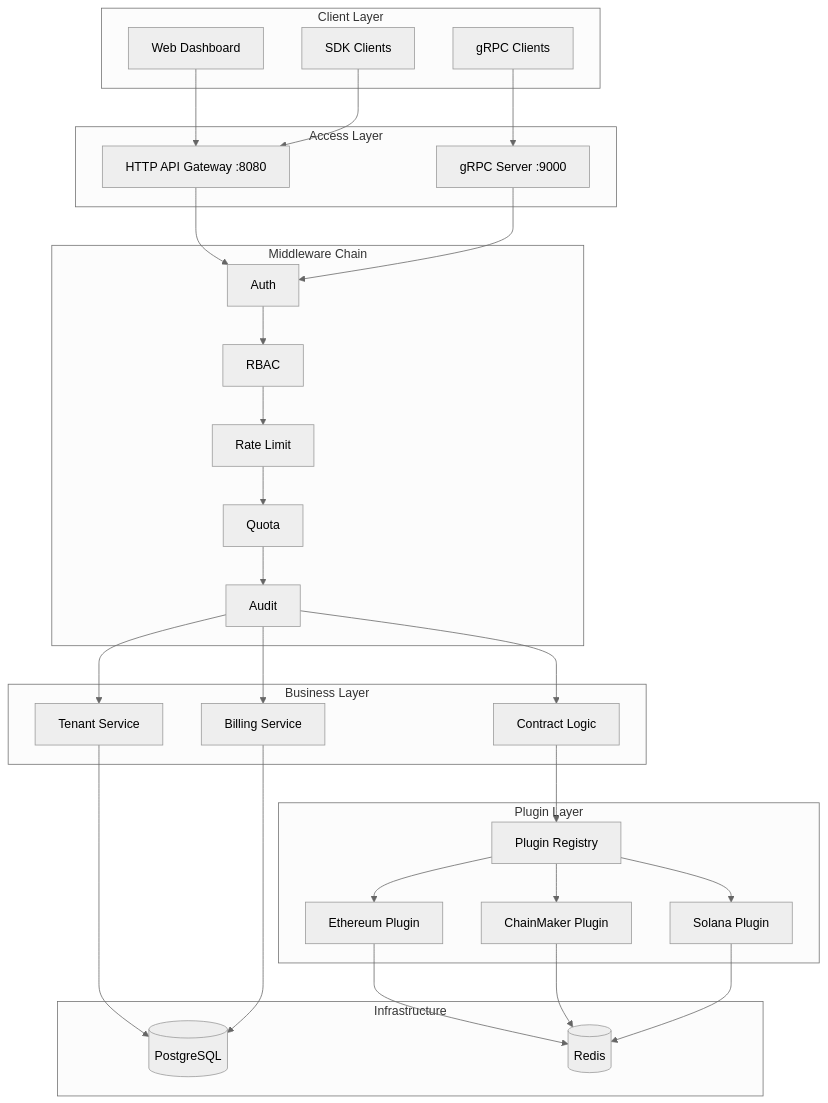
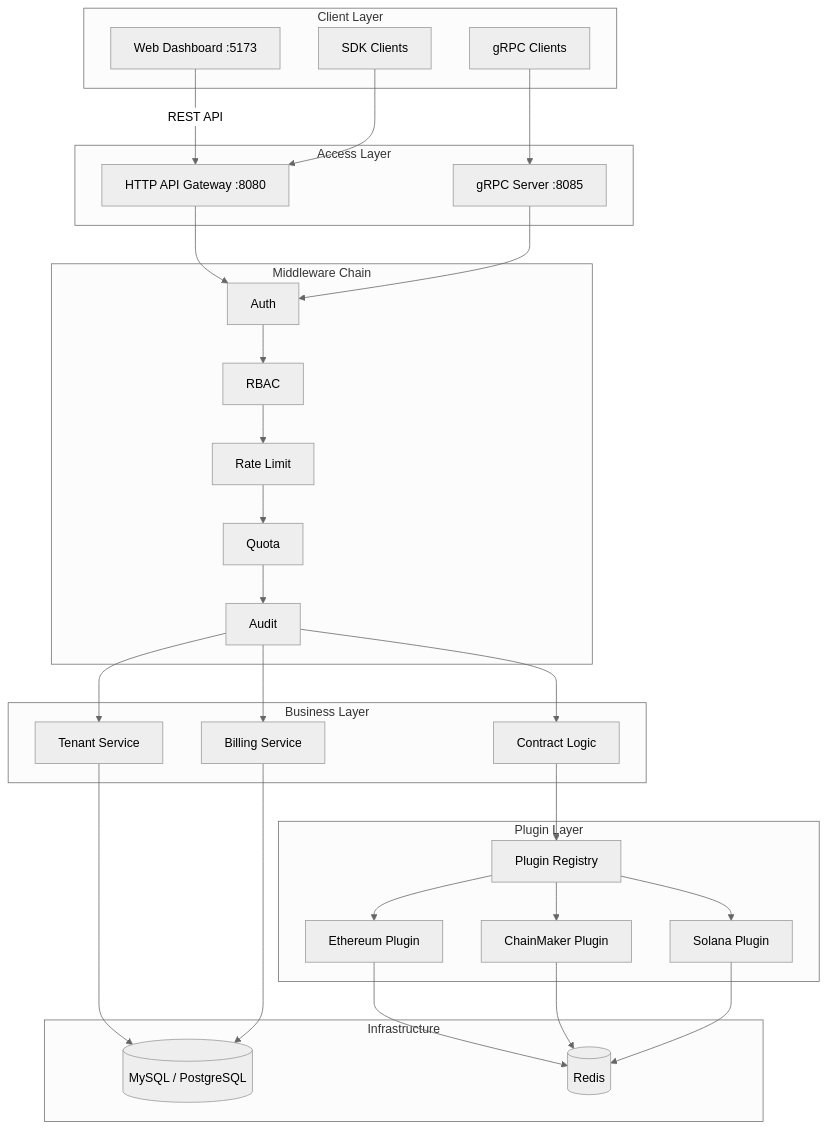
One commit to jackz-jones/blockchain-interactive-service changed the diagram in README.md. Above: the diagram before and after it, drawn with Mermaid (neutral theme). The commit also changed other lines of this file and 43 other files, not shown here.

First line of the commit message:
feat(web): add Web Dashboard & update documentation

````diff
--- a/README.md
+++ b/README.md
@@ -43,53 +46,53 @@
 ```mermaid
 graph TB
     subgraph "Client Layer"
-        Dashboard[Web Dashboard]
+        Dashboard[Web Dashboard :5173]
         SDK[SDK Clients]
         GRPC[gRPC Clients]
     end
 
     subgraph "Access Layer"
         GW[HTTP API Gateway :8080]
-        GS[gRPC Server :9000]
+        GS[gRPC Server :8085]
     end
 
     subgraph "Middleware Chain"
         AUTH[Auth] --> RBAC2[RBAC] --> RL[Rate Limit] --> QT[Quota] --> AD[Audit]
     end
 
     subgraph "Business Layer"
         TS[Tenant Service]
         BS[Billing Service]
         CL[Contract Logic]
     end
 
     subgraph "Plugin Layer"
         PR[Plugin Registry]
         EP[Ethereum Plugin]
         CP[ChainMaker Plugin]
         SP[Solana Plugin]
     end
 
     subgraph "Infrastructure"
-        PG[(PostgreSQL)]
+        DB[(MySQL / PostgreSQL)]
         RD[(Redis)]
     end
 
-    Dashboard --> GW
+    Dashboard -->|REST API| GW
     SDK --> GW
     GRPC --> GS
     GW --> AUTH
     GS --> AUTH
     AD --> TS
     AD --> BS
     AD --> CL
     CL --> PR
     PR --> EP
     PR --> CP
     PR --> SP
-    TS --> PG
-    BS --> PG
+    TS --> DB
+    BS --> DB
     EP --> RD
     CP --> RD
     SP --> RD
 ```
````
